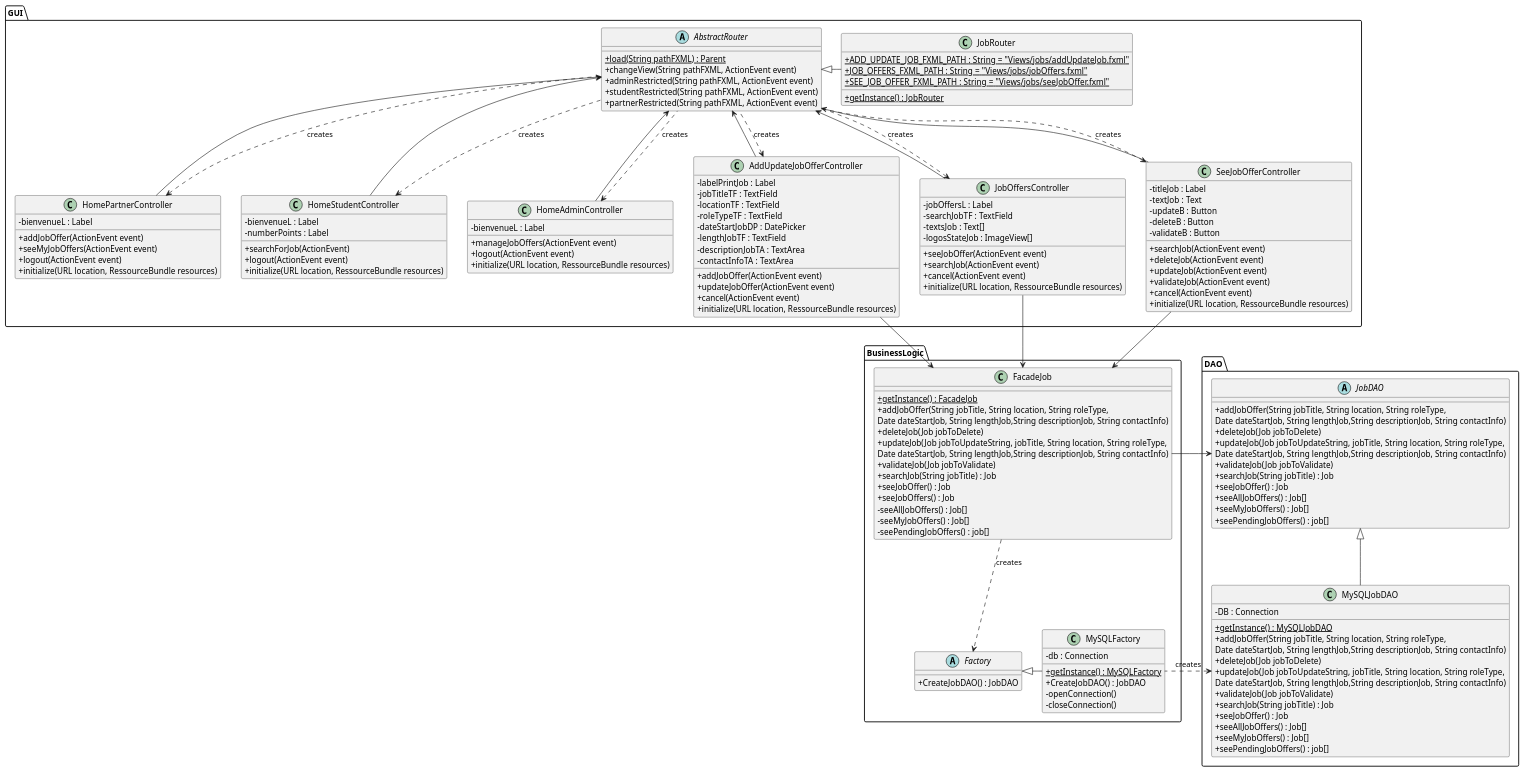
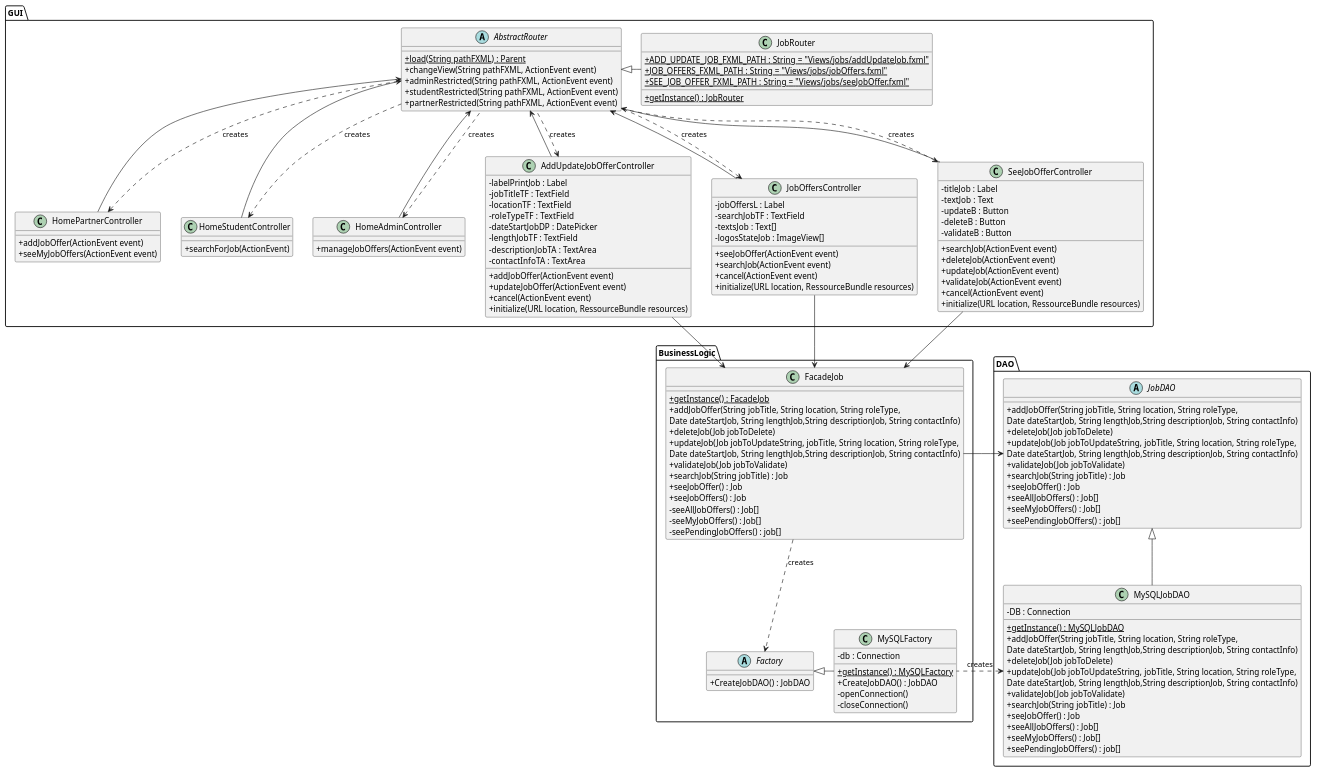
Before and after one commit to guiguie34/StudEasy: the diagram in classDiagrams/jobManagement.puml, drawn with PlantUML. The commit also changed 8 other files, not shown here.

Commit message:
User Management class diagram + fix previous class diagrams (feedback/job/login)

```diff
--- a/classDiagrams/jobManagement.puml
+++ b/classDiagrams/jobManagement.puml
@@ -1,178 +1,167 @@
 @startuml
 skinparam classAttributeIconSize 0
 
 package GUI{
-
     abstract class AbstractRouter{
         + {static} load(String pathFXML) : Parent
         + changeView(String pathFXML, ActionEvent event)
         + adminRestricted(String pathFXML, ActionEvent event)
         + studentRestricted(String pathFXML, ActionEvent event)
         + partnerRestricted(String pathFXML, ActionEvent event)
     }
 
     class JobRouter{
         + {static} ADD_UPDATE_JOB_FXML_PATH : String = "Views/jobs/addUpdateJob.fxml"
         + {static} JOB_OFFERS_FXML_PATH : String = "Views/jobs/jobOffers.fxml"
         + {static} SEE_JOB_OFFER_FXML_PATH : String = "Views/jobs/seeJobOffer.fxml"
         + {static} getInstance() : JobRouter
     }
 
     class HomePartnerController{
-        - bienvenueL : Label
         + addJobOffer(ActionEvent event)
         + seeMyJobOffers(ActionEvent event)
-        + logout(ActionEvent event)
-        + initialize(URL location, RessourceBundle resources)
     }
 
     class HomeStudentController{
-        - bienvenueL : Label
-        - numberPoints : Label
         + searchForJob(ActionEvent)
-        + logout(ActionEvent event)
-        + initialize(URL location, RessourceBundle resources)
     }
 
     class HomeAdminController{
-        - bienvenueL : Label
         + manageJobOffers(ActionEvent event)
-        + logout(ActionEvent event)
-        + initialize(URL location, RessourceBundle resources)
     }
 
     class AddUpdateJobOfferController{
         - labelPrintJob : Label
         - jobTitleTF : TextField
         - locationTF : TextField
         - roleTypeTF : TextField
         - dateStartJobDP : DatePicker
         - lengthJobTF : TextField
         - descriptionJobTA : TextArea
         - contactInfoTA : TextArea
         + addJobOffer(ActionEvent event)
         + updateJobOffer(ActionEvent event)
         + cancel(ActionEvent event)
         + initialize(URL location, RessourceBundle resources)
     }
 
     class JobOffersController{
         - jobOffersL : Label
         - searchJobTF : TextField
         - textsJob : Text[]
         - logosStateJob : ImageView[]
         + seeJobOffer(ActionEvent event)
         + searchJob(ActionEvent event)
         + cancel(ActionEvent event)
         + initialize(URL location, RessourceBundle resources)
     }
 
     class SeeJobOfferController{
         - titleJob : Label
         - textJob : Text
         - updateB : Button
         - deleteB : Button
         - validateB : Button
         + searchJob(ActionEvent event)
         + deleteJob(ActionEvent event)
         + updateJob(ActionEvent event)
         + validateJob(ActionEvent event)
         + cancel(ActionEvent event)
         + initialize(URL location, RessourceBundle resources)
     }
 
         AbstractRouter <|-right- JobRouter
 
         AbstractRouter <-- HomePartnerController
         AbstractRouter <-- HomeStudentController
         AbstractRouter <-- HomeAdminController
         AbstractRouter <-- AddUpdateJobOfferController
         AbstractRouter <-- JobOffersController
         AbstractRouter <-- SeeJobOfferController
 
         HomePartnerController <.. AbstractRouter : creates
         HomeStudentController <.. AbstractRouter : creates
         HomeAdminController <.. AbstractRouter : creates
         AddUpdateJobOfferController <.. AbstractRouter : creates
         JobOffersController <.. AbstractRouter : creates
         SeeJobOfferController <.. AbstractRouter : creates
 }
 
 package BusinessLogic{
 
     class FacadeJob{
         + {static} getInstance() : FacadeJob
         + addJobOffer(String jobTitle, String location, String roleType,
          Date dateStartJob, String lengthJob,String descriptionJob, String contactInfo)
         + deleteJob(Job jobToDelete)
         + updateJob(Job jobToUpdateString, jobTitle, String location, String roleType,
           Date dateStartJob, String lengthJob,String descriptionJob, String contactInfo)
         + validateJob(Job jobToValidate)
         + searchJob(String jobTitle) : Job
         + seeJobOffer() : Job
         + seeJobOffers() : Job
         - seeAllJobOffers() : Job[]
         - seeMyJobOffers() : Job[]
         - seePendingJobOffers() : job[]
     }
 
     abstract class Factory{
         + CreateJobDAO() : JobDAO
     }
 
     class MySQLFactory{
         - db : Connection
         + {static} getInstance() : MySQLFactory
         + CreateJobDAO() : JobDAO
         - openConnection()
         - closeConnection()
     }
 
 
     AddUpdateJobOfferController --> FacadeJob
     JobOffersController --> FacadeJob
     SeeJobOfferController --> FacadeJob
 
     FacadeJob ..> Factory  : creates
     MySQLFactory -left-|> Factory
 }
 
 package DAO{
 
     abstract class JobDAO{
         + addJobOffer(String jobTitle, String location, String roleType,
          Date dateStartJob, String lengthJob,String descriptionJob, String contactInfo)
         + deleteJob(Job jobToDelete)
         + updateJob(Job jobToUpdateString, jobTitle, String location, String roleType,
           Date dateStartJob, String lengthJob,String descriptionJob, String contactInfo)
         + validateJob(Job jobToValidate)
         + searchJob(String jobTitle) : Job
         + seeJobOffer() : Job
         + seeAllJobOffers() : Job[]
         + seeMyJobOffers() : Job[]
         + seePendingJobOffers() : job[]
     }
 
     class MySQLJobDAO{
         - DB : Connection
         + {static} getInstance() : MySQLJobDAO
         + addJobOffer(String jobTitle, String location, String roleType,
          Date dateStartJob, String lengthJob,String descriptionJob, String contactInfo)
         + deleteJob(Job jobToDelete)
         + updateJob(Job jobToUpdateString, jobTitle, String location, String roleType,
           Date dateStartJob, String lengthJob,String descriptionJob, String contactInfo)
         + validateJob(Job jobToValidate)
         + searchJob(String jobTitle) : Job
         + seeJobOffer() : Job
         + seeAllJobOffers() : Job[]
         + seeMyJobOffers() : Job[]
         + seePendingJobOffers() : job[]
     }
 
     MySQLJobDAO -up-|> JobDAO
     JobDAO <-right- FacadeJob
 
     MySQLJobDAO <.right. MySQLFactory : creates
 }
 
 @enduml
```
